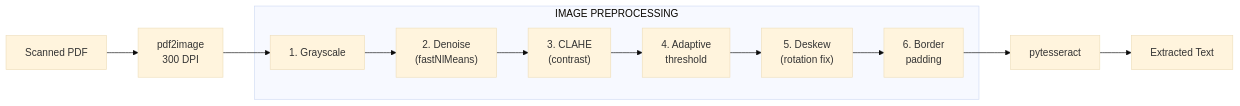
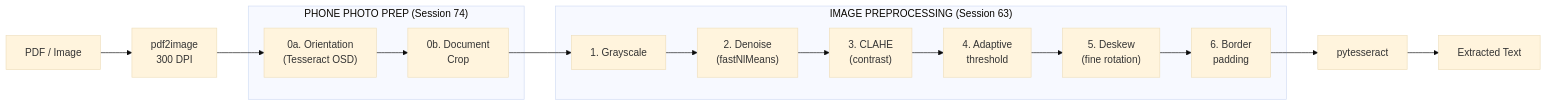
One commit to caseprepd-app/CaseSummarizer changed the fourth of 8 diagrams in ARCHITECTURE.md. Above: the diagram before and after it, drawn with Mermaid (base theme). The commit also changed other lines of this file and 4 other files, not shown here.

First line of the commit message:
feat: Add auto-rotation and document cropping for phone photos (Session 74)

````diff
--- a/ARCHITECTURE.md
+++ b/ARCHITECTURE.md
@@ -346,17 +346,23 @@
 ```mermaid
 flowchart LR
-    subgraph Preprocessing["IMAGE PREPROCESSING"]
+    subgraph PhonePrep["PHONE PHOTO PREP (Session 74)"]
+        I0a["0a. Orientation<br/>(Tesseract OSD)"]
+        I0b["0b. Document<br/>Crop"]
+    end
+
+    subgraph Preprocessing["IMAGE PREPROCESSING (Session 63)"]
         I1["1. Grayscale"]
         I2["2. Denoise<br/>(fastNlMeans)"]
         I3["3. CLAHE<br/>(contrast)"]
         I4["4. Adaptive<br/>threshold"]
-        I5["5. Deskew<br/>(rotation fix)"]
+        I5["5. Deskew<br/>(fine rotation)"]
         I6["6. Border<br/>padding"]
     end
 
-    PDF["Scanned PDF"] --> Images["pdf2image<br/>300 DPI"]
-    Images --> I1
+    Input["PDF / Image"] --> Images["pdf2image<br/>300 DPI"]
+    Images --> I0a --> I0b
+    I0b --> I1
     I1 --> I2 --> I3 --> I4 --> I5 --> I6
     I6 --> Tesseract["pytesseract"]
     Tesseract --> Text["Extracted Text"]
 ```
````
